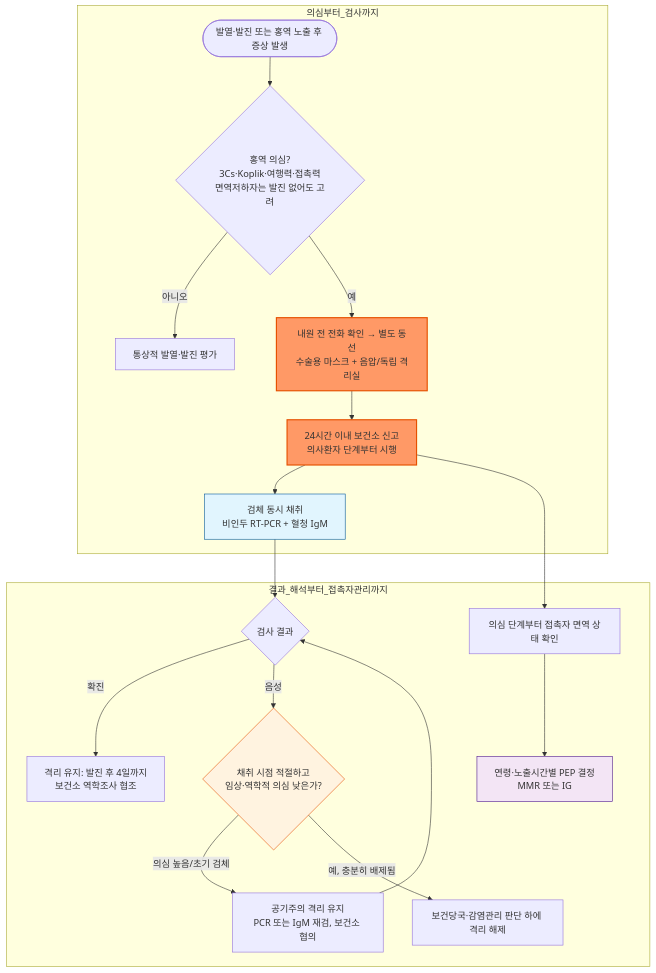
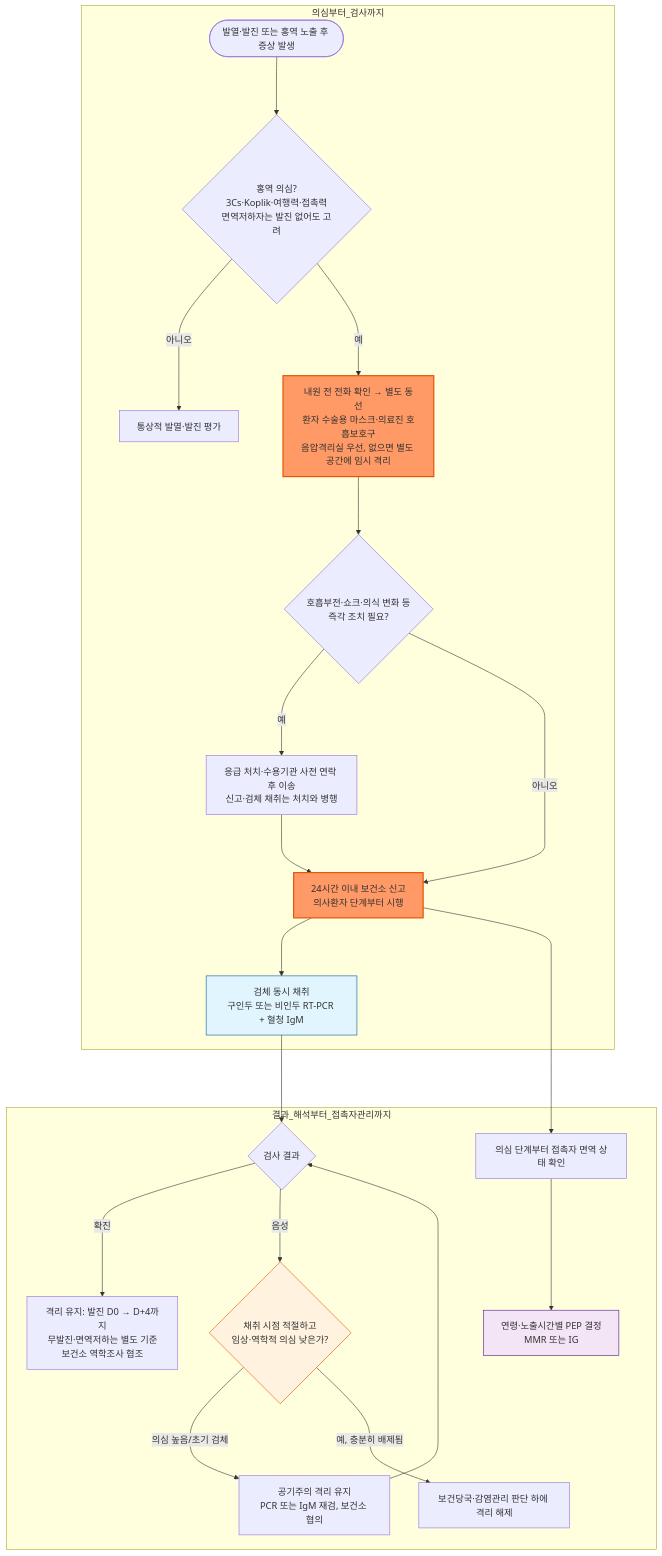
One commit to familyoh77/familyoh77 changed the diagram in 230_/195_-measles.md. Above: the diagram before and after it, drawn with Mermaid. The commit also changed other lines of this file and 9 other files, not shown here.

````diff
--- a/230_/195_-measles.md
+++ b/230_/195_-measles.md
@@ -123,25 +126,28 @@
 ```mermaid
 graph TD
     subgraph 의심부터_검사까지
-    A(["발열·발진 또는 홍역 노출 후 증상 발생"]) --> B{"홍역 의심?<br/>3Cs·Koplik·여행력·접촉력<br/>면역저하자는 발진 없어도 고려"}
-    B -- 아니오 --> C["통상적 발열·발진 평가"]
-    B -- 예 --> D["내원 전 전화 확인 → 별도 동선<br/>수술용 마스크 + 음압/독립 격리실"]
-    D --> E["24시간 이내 보건소 신고<br/>의사환자 단계부터 시행"]
-    E --> F["검체 동시 채취<br/>비인두 RT-PCR + 혈청 IgM"]
+    A(["발열·발진 또는 홍역 노출 후 증상 발생"]) ---> B{"홍역 의심?<br/>3Cs·Koplik·여행력·접촉력<br/>면역저하자는 발진 없어도 고려"}
+    B -- 아니오 ---> C["통상적 발열·발진 평가"]
+    B -- 예 ---> D["내원 전 전화 확인 → 별도 동선<br/>환자 수술용 마스크·의료진 호흡보호구<br/>음압격리실 우선, 없으면 별도 공간에 임시 격리"]
+    D ---> U{"호흡부전·쇼크·의식 변화 등<br/>즉각 조치 필요?"}
+    U -- 예 ---> U1["응급 처치·수용기관 사전 연락 후 이송<br/>신고·검체 채취는 처치와 병행"]
+    U -- 아니오 ---> E["24시간 이내 보건소 신고<br/>의사환자 단계부터 시행"]
+    U1 ---> E
+    E ---> F["검체 동시 채취<br/>구인두 또는 비인두 RT-PCR + 혈청 IgM"]
     end
     subgraph 결과_해석부터_접촉자관리까지
-    F --> G{"검사 결과"}
-    G -- 확진 --> H["격리 유지: 발진 후 4일까지<br/>보건소 역학조사 협조"]
-    G -- 음성 --> L{"채취 시점 적절하고<br/>임상·역학적 의심 낮은가?"}
-    L -- 의심 높음/초기 검체 --> M["공기주의 격리 유지<br/>PCR 또는 IgM 재검, 보건소 협의"]
-    M --> G
-    L -- 예, 충분히 배제됨 --> I["보건당국·감염관리 판단 하에 격리 해제"]
-    E --> J["의심 단계부터 접촉자 면역 상태 확인"]
-    J --> K["연령·노출시간별 PEP 결정<br/>MMR 또는 IG"]
+    F ---> G{"검사 결과"}
+    G -- 확진 ---> H["격리 유지: 발진 D0 → D+4까지<br/>무발진·면역저하는 별도 기준<br/>보건소 역학조사 협조"]
+    G -- 음성 ---> L{"채취 시점 적절하고<br/>임상·역학적 의심 낮은가?"}
+    L -- 의심 높음/초기 검체 ---> M["공기주의 격리 유지<br/>PCR 또는 IgM 재검, 보건소 협의"]
+    M ---> G
+    L -- 예, 충분히 배제됨 ---> I["보건당국·감염관리 판단 하에 격리 해제"]
+    E ---> J["의심 단계부터 접촉자 면역 상태 확인"]
+    J ---> K["연령·노출시간별 PEP 결정<br/>MMR 또는 IG"]
     end
     style D fill:#f96,stroke:#e65100,stroke-width:2px
     style E fill:#f96,stroke:#e65100,stroke-width:2px
     style F fill:#e1f5fe,stroke:#01579b
     style L fill:#fff3e0,stroke:#e65100
     style K fill:#f3e5f5,stroke:#4a148c
 ```
````
